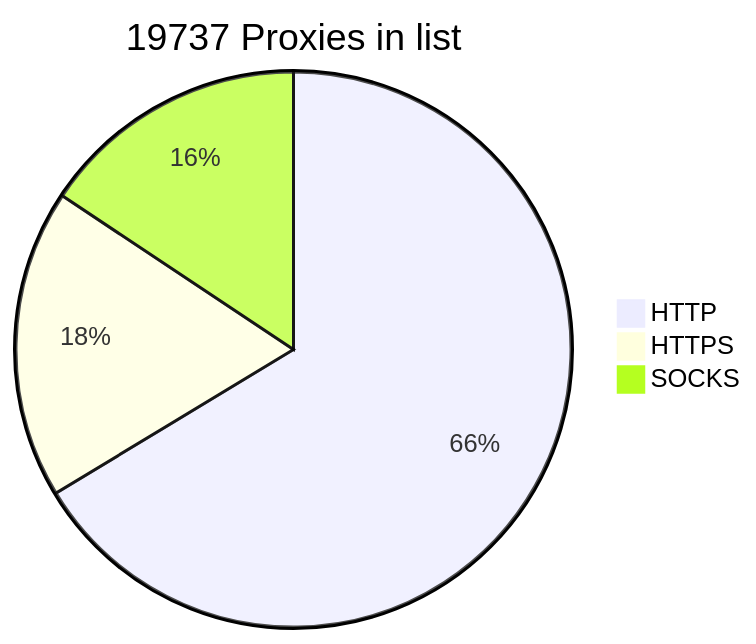
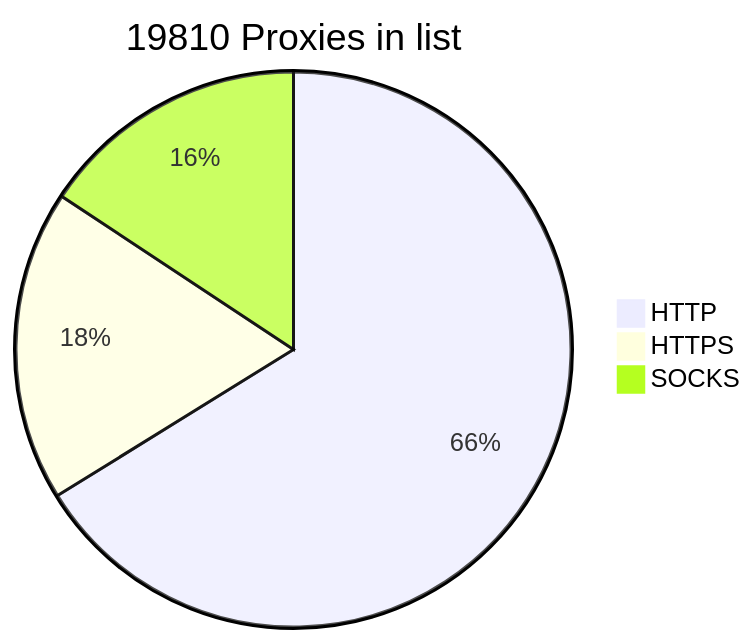
Before and after one commit to BlackSnowDot/proxylist-update-every-minute: the diagram in README.md, drawn with Mermaid.

````diff
--- a/README.md
+++ b/README.md
@@ -2,6 +2,6 @@
 ```mermaid
-pie title 19737 Proxies in list
-    "HTTP" : 14499
-    "HTTPS": 3933
-    "SOCKS" : 3422
+pie title 19810 Proxies in list
+    "HTTP" : 14515
+    "HTTPS": 3974
+    "SOCKS" : 3444
 ```
````
